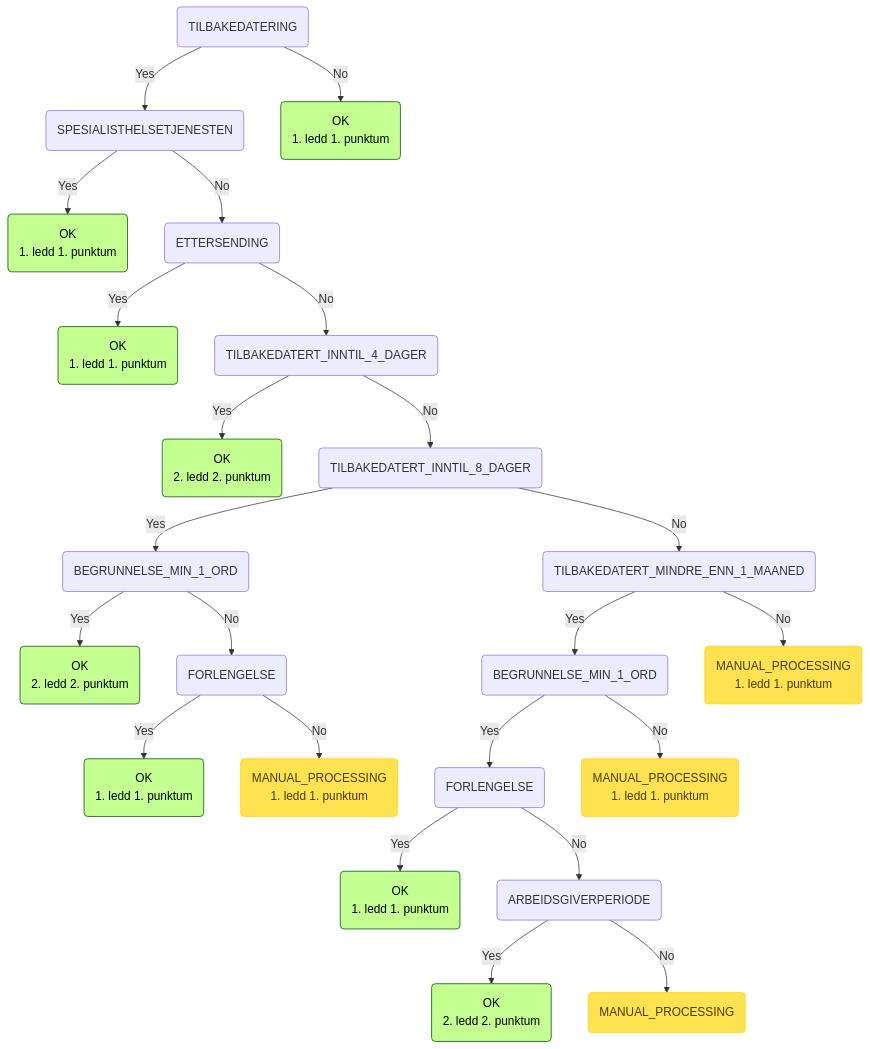
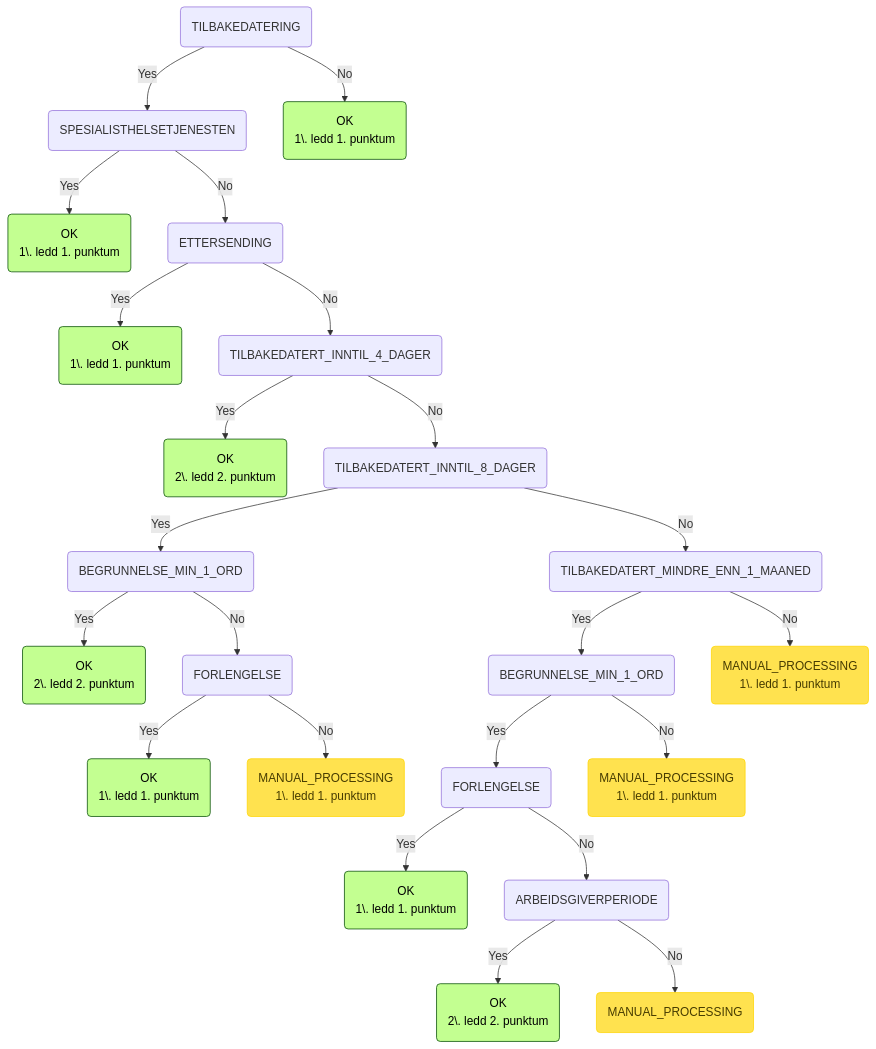
Before and after one commit to navikt/syfosmpapirregler: the eighth of 8 diagrams in README.md, drawn with Mermaid. The commit also changed other lines of this file and 1 other file, not shown here.

````diff
--- a/README.md
+++ b/README.md
@@ -247,35 +241,40 @@
 ```mermaid
 graph TD
     root(TILBAKEDATERING) -->|Yes| root_TILBAKEDATERING_SPESIALISTHELSETJENESTEN(SPESIALISTHELSETJENESTEN)
     root_TILBAKEDATERING_SPESIALISTHELSETJENESTEN(SPESIALISTHELSETJENESTEN) -->|Yes| root_TILBAKEDATERING_SPESIALISTHELSETJENESTEN_OK(OK
-1. ledd 1. punktum):::ok
+1\. ledd 1. punktum):::ok
     root_TILBAKEDATERING_SPESIALISTHELSETJENESTEN(SPESIALISTHELSETJENESTEN) -->|No| root_TILBAKEDATERING_SPESIALISTHELSETJENESTEN_ETTERSENDING(ETTERSENDING)
     root_TILBAKEDATERING_SPESIALISTHELSETJENESTEN_ETTERSENDING(ETTERSENDING) -->|Yes| root_TILBAKEDATERING_SPESIALISTHELSETJENESTEN_ETTERSENDING_OK(OK
-1. ledd 1. punktum):::ok
+1\. ledd 1. punktum):::ok
     root_TILBAKEDATERING_SPESIALISTHELSETJENESTEN_ETTERSENDING(ETTERSENDING) -->|No| root_TILBAKEDATERING_SPESIALISTHELSETJENESTEN_ETTERSENDING_TILBAKEDATERT_INNTIL_4_DAGER(TILBAKEDATERT_INNTIL_4_DAGER)
     root_TILBAKEDATERING_SPESIALISTHELSETJENESTEN_ETTERSENDING_TILBAKEDATERT_INNTIL_4_DAGER(TILBAKEDATERT_INNTIL_4_DAGER) -->|Yes| root_TILBAKEDATERING_SPESIALISTHELSETJENESTEN_ETTERSENDING_TILBAKEDATERT_INNTIL_4_DAGER_OK(OK
-2. ledd 2. punktum):::ok
+2\. ledd 2. punktum):::ok
     root_TILBAKEDATERING_SPESIALISTHELSETJENESTEN_ETTERSENDING_TILBAKEDATERT_INNTIL_4_DAGER(TILBAKEDATERT_INNTIL_4_DAGER) -->|No| root_TILBAKEDATERING_SPESIALISTHELSETJENESTEN_ETTERSENDING_TILBAKEDATERT_INNTIL_4_DAGER_TILBAKEDATERT_INNTIL_8_DAGER(TILBAKEDATERT_INNTIL_8_DAGER)
     root_TILBAKEDATERING_SPESIALISTHELSETJENESTEN_ETTERSENDING_TILBAKEDATERT_INNTIL_4_DAGER_TILBAKEDATERT_INNTIL_8_DAGER(TILBAKEDATERT_INNTIL_8_DAGER) -->|Yes| root_TILBAKEDATERING_SPESIALISTHELSETJENESTEN_ETTERSENDING_TILBAKEDATERT_INNTIL_4_DAGER_TILBAKEDATERT_INNTIL_8_DAGER_BEGRUNNELSE_MIN_1_ORD(BEGRUNNELSE_MIN_1_ORD)
     root_TILBAKEDATERING_SPESIALISTHELSETJENESTEN_ETTERSENDING_TILBAKEDATERT_INNTIL_4_DAGER_TILBAKEDATERT_INNTIL_8_DAGER_BEGRUNNELSE_MIN_1_ORD(BEGRUNNELSE_MIN_1_ORD) -->|Yes| root_TILBAKEDATERING_SPESIALISTHELSETJENESTEN_ETTERSENDING_TILBAKEDATERT_INNTIL_4_DAGER_TILBAKEDATERT_INNTIL_8_DAGER_BEGRUNNELSE_MIN_1_ORD_OK(OK
-2. ledd 2. punktum):::ok
+2\. ledd 2. punktum):::ok
     root_TILBAKEDATERING_SPESIALISTHELSETJENESTEN_ETTERSENDING_TILBAKEDATERT_INNTIL_4_DAGER_TILBAKEDATERT_INNTIL_8_DAGER_BEGRUNNELSE_MIN_1_ORD(BEGRUNNELSE_MIN_1_ORD) -->|No| root_TILBAKEDATERING_SPESIALISTHELSETJENESTEN_ETTERSENDING_TILBAKEDATERT_INNTIL_4_DAGER_TILBAKEDATERT_INNTIL_8_DAGER_BEGRUNNELSE_MIN_1_ORD_FORLENGELSE(FORLENGELSE)
     root_TILBAKEDATERING_SPESIALISTHELSETJENESTEN_ETTERSENDING_TILBAKEDATERT_INNTIL_4_DAGER_TILBAKEDATERT_INNTIL_8_DAGER_BEGRUNNELSE_MIN_1_ORD_FORLENGELSE(FORLENGELSE) -->|Yes| root_TILBAKEDATERING_SPESIALISTHELSETJENESTEN_ETTERSENDING_TILBAKEDATERT_INNTIL_4_DAGER_TILBAKEDATERT_INNTIL_8_DAGER_BEGRUNNELSE_MIN_1_ORD_FORLENGELSE_OK(OK
-1. ledd 1. punktum):::ok
-    root_TILBAKEDATERING_SPESIALISTHELSETJENESTEN_ETTERSENDING_TILBAKEDATERT_INNTIL_4_DAGER_TILBAKEDATERT_INNTIL_8_DAGER_BEGRUNNELSE_MIN_1_ORD_FORLENGELSE(FORLENGELSE) -->|No| root_TILBAKEDATERING_SPESIALISTHELSETJENESTEN_ETTERSENDING_TILBAKEDATERT_INNTIL_4_DAGER_TILBAKEDATERT_INNTIL_8_DAGER_BEGRUNNELSE_MIN_1_ORD_FORLENGELSE_MANUAL_PROCESSING(MANUAL_PROCESSING <br/>1. ledd 1. punktum):::manuell
+1\. ledd 1. punktum):::ok
+    root_TILBAKEDATERING_SPESIALISTHELSETJENESTEN_ETTERSENDING_TILBAKEDATERT_INNTIL_4_DAGER_TILBAKEDATERT_INNTIL_8_DAGER_BEGRUNNELSE_MIN_1_ORD_FORLENGELSE(FORLENGELSE) -->|No| root_TILBAKEDATERING_SPESIALISTHELSETJENESTEN_ETTERSENDING_TILBAKEDATERT_INNTIL_4_DAGER_TILBAKEDATERT_INNTIL_8_DAGER_BEGRUNNELSE_MIN_1_ORD_FORLENGELSE_MANUAL_PROCESSING(MANUAL_PROCESSING
+1\. ledd 1. punktum):::manuell
     root_TILBAKEDATERING_SPESIALISTHELSETJENESTEN_ETTERSENDING_TILBAKEDATERT_INNTIL_4_DAGER_TILBAKEDATERT_INNTIL_8_DAGER(TILBAKEDATERT_INNTIL_8_DAGER) -->|No| root_TILBAKEDATERING_SPESIALISTHELSETJENESTEN_ETTERSENDING_TILBAKEDATERT_INNTIL_4_DAGER_TILBAKEDATERT_INNTIL_8_DAGER_TILBAKEDATERT_MINDRE_ENN_1_MAANED(TILBAKEDATERT_MINDRE_ENN_1_MAANED)
     root_TILBAKEDATERING_SPESIALISTHELSETJENESTEN_ETTERSENDING_TILBAKEDATERT_INNTIL_4_DAGER_TILBAKEDATERT_INNTIL_8_DAGER_TILBAKEDATERT_MINDRE_ENN_1_MAANED(TILBAKEDATERT_MINDRE_ENN_1_MAANED) -->|Yes| root_TILBAKEDATERING_SPESIALISTHELSETJENESTEN_ETTERSENDING_TILBAKEDATERT_INNTIL_4_DAGER_TILBAKEDATERT_INNTIL_8_DAGER_TILBAKEDATERT_MINDRE_ENN_1_MAANED_BEGRUNNELSE_MIN_1_ORD(BEGRUNNELSE_MIN_1_ORD)
     root_TILBAKEDATERING_SPESIALISTHELSETJENESTEN_ETTERSENDING_TILBAKEDATERT_INNTIL_4_DAGER_TILBAKEDATERT_INNTIL_8_DAGER_TILBAKEDATERT_MINDRE_ENN_1_MAANED_BEGRUNNELSE_MIN_1_ORD(BEGRUNNELSE_MIN_1_ORD) -->|Yes| root_TILBAKEDATERING_SPESIALISTHELSETJENESTEN_ETTERSENDING_TILBAKEDATERT_INNTIL_4_DAGER_TILBAKEDATERT_INNTIL_8_DAGER_TILBAKEDATERT_MINDRE_ENN_1_MAANED_BEGRUNNELSE_MIN_1_ORD_FORLENGELSE(FORLENGELSE)
     root_TILBAKEDATERING_SPESIALISTHELSETJENESTEN_ETTERSENDING_TILBAKEDATERT_INNTIL_4_DAGER_TILBAKEDATERT_INNTIL_8_DAGER_TILBAKEDATERT_MINDRE_ENN_1_MAANED_BEGRUNNELSE_MIN_1_ORD_FORLENGELSE(FORLENGELSE) -->|Yes| root_TILBAKEDATERING_SPESIALISTHELSETJENESTEN_ETTERSENDING_TILBAKEDATERT_INNTIL_4_DAGER_TILBAKEDATERT_INNTIL_8_DAGER_TILBAKEDATERT_MINDRE_ENN_1_MAANED_BEGRUNNELSE_MIN_1_ORD_FORLENGELSE_OK(OK
-1. ledd 1. punktum):::ok
+1\. ledd 1. punktum):::ok
     root_TILBAKEDATERING_SPESIALISTHELSETJENESTEN_ETTERSENDING_TILBAKEDATERT_INNTIL_4_DAGER_TILBAKEDATERT_INNTIL_8_DAGER_TILBAKEDATERT_MINDRE_ENN_1_MAANED_BEGRUNNELSE_MIN_1_ORD_FORLENGELSE(FORLENGELSE) -->|No| root_TILBAKEDATERING_SPESIALISTHELSETJENESTEN_ETTERSENDING_TILBAKEDATERT_INNTIL_4_DAGER_TILBAKEDATERT_INNTIL_8_DAGER_TILBAKEDATERT_MINDRE_ENN_1_MAANED_BEGRUNNELSE_MIN_1_ORD_FORLENGELSE_ARBEIDSGIVERPERIODE(ARBEIDSGIVERPERIODE)
     root_TILBAKEDATERING_SPESIALISTHELSETJENESTEN_ETTERSENDING_TILBAKEDATERT_INNTIL_4_DAGER_TILBAKEDATERT_INNTIL_8_DAGER_TILBAKEDATERT_MINDRE_ENN_1_MAANED_BEGRUNNELSE_MIN_1_ORD_FORLENGELSE_ARBEIDSGIVERPERIODE(ARBEIDSGIVERPERIODE) -->|Yes| root_TILBAKEDATERING_SPESIALISTHELSETJENESTEN_ETTERSENDING_TILBAKEDATERT_INNTIL_4_DAGER_TILBAKEDATERT_INNTIL_8_DAGER_TILBAKEDATERT_MINDRE_ENN_1_MAANED_BEGRUNNELSE_MIN_1_ORD_FORLENGELSE_ARBEIDSGIVERPERIODE_OK(OK
-2. ledd 2. punktum):::ok
-    root_TILBAKEDATERING_SPESIALISTHELSETJENESTEN_ETTERSENDING_TILBAKEDATERT_INNTIL_4_DAGER_TILBAKEDATERT_INNTIL_8_DAGER_TILBAKEDATERT_MINDRE_ENN_1_MAANED_BEGRUNNELSE_MIN_1_ORD_FORLENGELSE_ARBEIDSGIVERPERIODE(ARBEIDSGIVERPERIODE) -->|No| root_TILBAKEDATERING_SPESIALISTHELSETJENESTEN_ETTERSENDING_TILBAKEDATERT_INNTIL_4_DAGER_TILBAKEDATERT_INNTIL_8_DAGER_TILBAKEDATERT_MINDRE_ENN_1_MAANED_BEGRUNNELSE_MIN_1_ORD_FORLENGELSE_ARBEIDSGIVERPERIODE_MANUAL_PROCESSING(MANUAL_PROCESSING <br/>):::manuell
-    root_TILBAKEDATERING_SPESIALISTHELSETJENESTEN_ETTERSENDING_TILBAKEDATERT_INNTIL_4_DAGER_TILBAKEDATERT_INNTIL_8_DAGER_TILBAKEDATERT_MINDRE_ENN_1_MAANED_BEGRUNNELSE_MIN_1_ORD(BEGRUNNELSE_MIN_1_ORD) -->|No| root_TILBAKEDATERING_SPESIALISTHELSETJENESTEN_ETTERSENDING_TILBAKEDATERT_INNTIL_4_DAGER_TILBAKEDATERT_INNTIL_8_DAGER_TILBAKEDATERT_MINDRE_ENN_1_MAANED_BEGRUNNELSE_MIN_1_ORD_MANUAL_PROCESSING(MANUAL_PROCESSING <br/>1. ledd 1. punktum):::manuell
-    root_TILBAKEDATERING_SPESIALISTHELSETJENESTEN_ETTERSENDING_TILBAKEDATERT_INNTIL_4_DAGER_TILBAKEDATERT_INNTIL_8_DAGER_TILBAKEDATERT_MINDRE_ENN_1_MAANED(TILBAKEDATERT_MINDRE_ENN_1_MAANED) -->|No| root_TILBAKEDATERING_SPESIALISTHELSETJENESTEN_ETTERSENDING_TILBAKEDATERT_INNTIL_4_DAGER_TILBAKEDATERT_INNTIL_8_DAGER_TILBAKEDATERT_MINDRE_ENN_1_MAANED_MANUAL_PROCESSING(MANUAL_PROCESSING <br/>1. ledd 1. punktum):::manuell
-    root(TILBAKEDATERING) -->|No| root_TILBAKEDATERING_OK(OK <br/>1. ledd 1. punktum):::ok
+2\. ledd 2. punktum):::ok
+    root_TILBAKEDATERING_SPESIALISTHELSETJENESTEN_ETTERSENDING_TILBAKEDATERT_INNTIL_4_DAGER_TILBAKEDATERT_INNTIL_8_DAGER_TILBAKEDATERT_MINDRE_ENN_1_MAANED_BEGRUNNELSE_MIN_1_ORD_FORLENGELSE_ARBEIDSGIVERPERIODE(ARBEIDSGIVERPERIODE) -->|No| root_TILBAKEDATERING_SPESIALISTHELSETJENESTEN_ETTERSENDING_TILBAKEDATERT_INNTIL_4_DAGER_TILBAKEDATERT_INNTIL_8_DAGER_TILBAKEDATERT_MINDRE_ENN_1_MAANED_BEGRUNNELSE_MIN_1_ORD_FORLENGELSE_ARBEIDSGIVERPERIODE_MANUAL_PROCESSING(MANUAL_PROCESSING
+):::manuell
+    root_TILBAKEDATERING_SPESIALISTHELSETJENESTEN_ETTERSENDING_TILBAKEDATERT_INNTIL_4_DAGER_TILBAKEDATERT_INNTIL_8_DAGER_TILBAKEDATERT_MINDRE_ENN_1_MAANED_BEGRUNNELSE_MIN_1_ORD(BEGRUNNELSE_MIN_1_ORD) -->|No| root_TILBAKEDATERING_SPESIALISTHELSETJENESTEN_ETTERSENDING_TILBAKEDATERT_INNTIL_4_DAGER_TILBAKEDATERT_INNTIL_8_DAGER_TILBAKEDATERT_MINDRE_ENN_1_MAANED_BEGRUNNELSE_MIN_1_ORD_MANUAL_PROCESSING(MANUAL_PROCESSING
+1\. ledd 1. punktum):::manuell
+    root_TILBAKEDATERING_SPESIALISTHELSETJENESTEN_ETTERSENDING_TILBAKEDATERT_INNTIL_4_DAGER_TILBAKEDATERT_INNTIL_8_DAGER_TILBAKEDATERT_MINDRE_ENN_1_MAANED(TILBAKEDATERT_MINDRE_ENN_1_MAANED) -->|No| root_TILBAKEDATERING_SPESIALISTHELSETJENESTEN_ETTERSENDING_TILBAKEDATERT_INNTIL_4_DAGER_TILBAKEDATERT_INNTIL_8_DAGER_TILBAKEDATERT_MINDRE_ENN_1_MAANED_MANUAL_PROCESSING(MANUAL_PROCESSING
+1\. ledd 1. punktum):::manuell
+    root(TILBAKEDATERING) -->|No| root_TILBAKEDATERING_OK(OK
+1\. ledd 1. punktum):::ok
     classDef ok fill:#c3ff91,stroke:#004a00,color: black;
     classDef invalid fill:#ff7373,stroke:#ff0000,color: black;
     classDef manuell fill:#ffe24f,stroke:#ffd500,color: #473c00;
 ```
````
